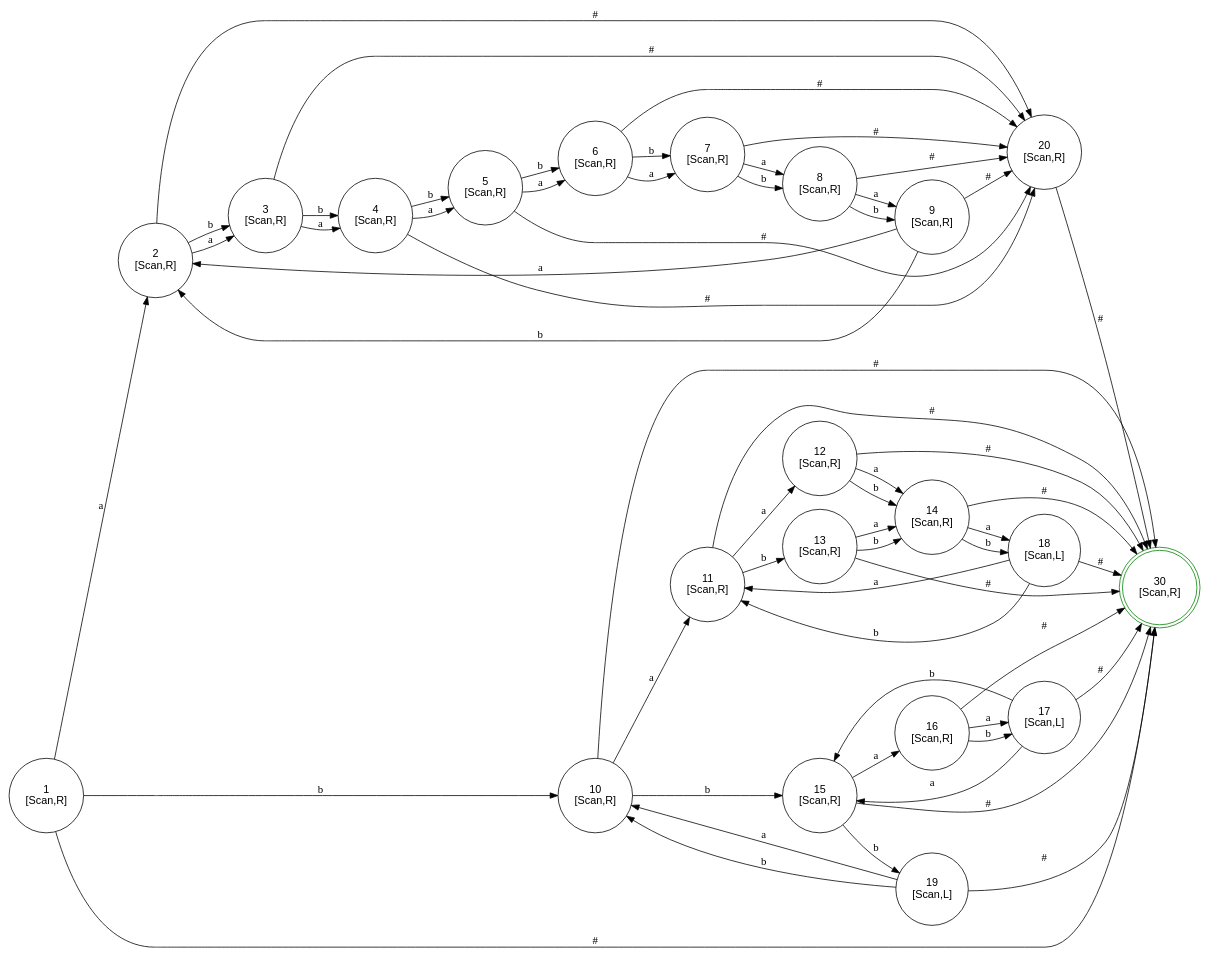
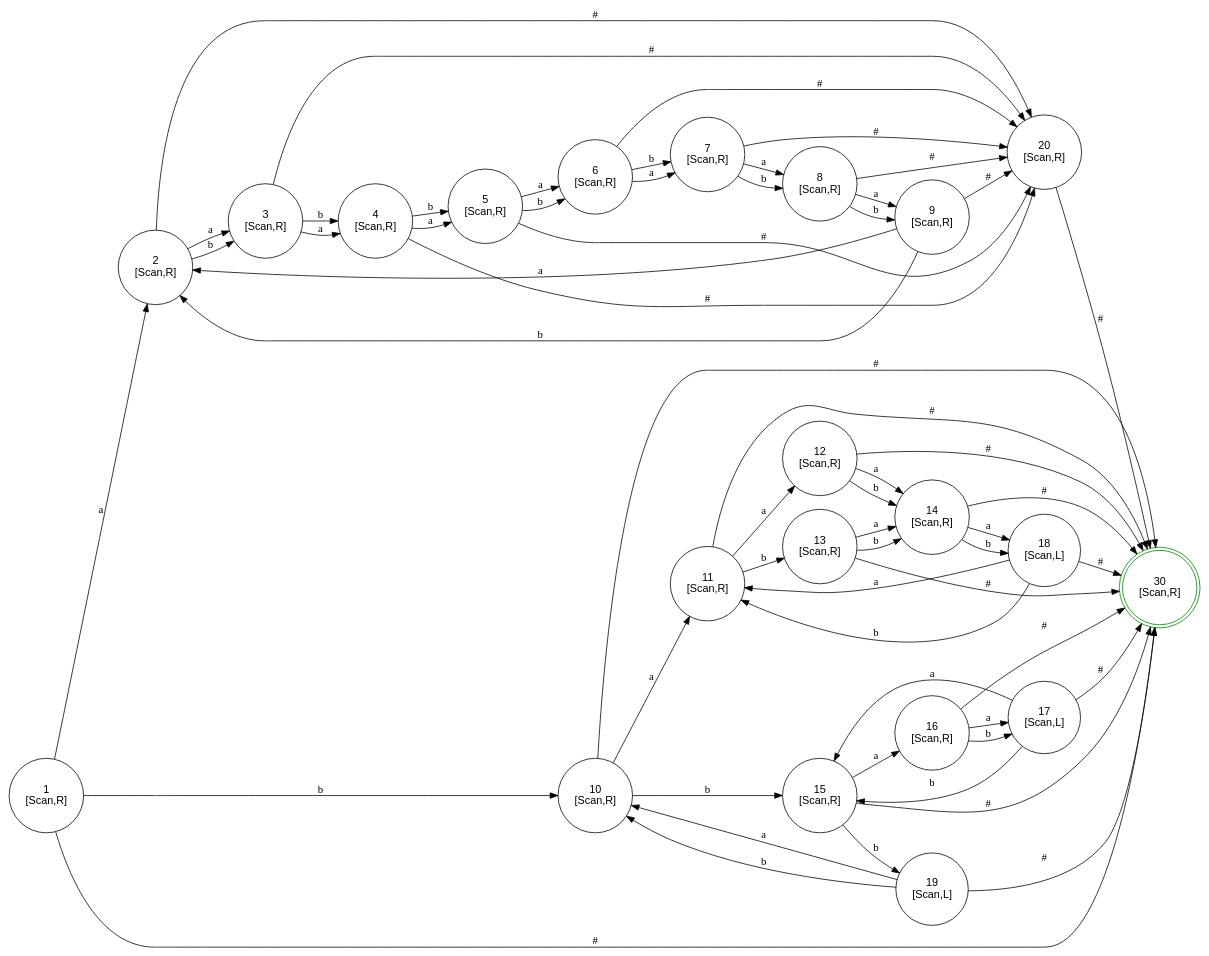
The diagram in dots/twa.dot (kokobabe99/turing_point), drawn with Graphviz before and after one commit. The commit also changed other lines of this file and 5 other files, not shown here.

```diff
--- a/dots/twa.dot
+++ b/dots/twa.dot
@@ -1,82 +1,82 @@
 digraph FSM {
   rankdir=LR; node [shape=circle, fontname="Arial"];
   1 [label="1\n[Scan,R]", shape=circle];
   1 -> 2 [label="a"];
   1 -> 10 [label="b"];
   1 -> 30 [label="#"];
   2 [label="2\n[Scan,R]", shape=circle];
-  2 -> 3 [label="a"];
   2 -> 3 [label="b"];
   2 -> 20 [label="#"];
+  2 -> 3 [label="a"];
   3 [label="3\n[Scan,R]", shape=circle];
   3 -> 4 [label="a"];
   3 -> 4 [label="b"];
   3 -> 20 [label="#"];
   4 [label="4\n[Scan,R]", shape=circle];
   4 -> 5 [label="a"];
   4 -> 5 [label="b"];
   4 -> 20 [label="#"];
   5 [label="5\n[Scan,R]", shape=circle];
+  5 -> 6 [label="a"];
   5 -> 6 [label="b"];
   5 -> 20 [label="#"];
-  5 -> 6 [label="a"];
   6 [label="6\n[Scan,R]", shape=circle];
   6 -> 7 [label="a"];
   6 -> 7 [label="b"];
   6 -> 20 [label="#"];
   7 [label="7\n[Scan,R]", shape=circle];
   7 -> 8 [label="a"];
   7 -> 8 [label="b"];
   7 -> 20 [label="#"];
   8 [label="8\n[Scan,R]", shape=circle];
   8 -> 9 [label="a"];
   8 -> 9 [label="b"];
   8 -> 20 [label="#"];
   9 [label="9\n[Scan,R]", shape=circle];
+  9 -> 20 [label="#"];
   9 -> 2 [label="a"];
   9 -> 2 [label="b"];
-  9 -> 20 [label="#"];
   10 [label="10\n[Scan,R]", shape=circle];
   10 -> 11 [label="a"];
   10 -> 15 [label="b"];
   10 -> 30 [label="#"];
   11 [label="11\n[Scan,R]", shape=circle];
   11 -> 12 [label="a"];
   11 -> 13 [label="b"];
   11 -> 30 [label="#"];
   12 [label="12\n[Scan,R]", shape=circle];
   12 -> 14 [label="a"];
   12 -> 14 [label="b"];
   12 -> 30 [label="#"];
   13 [label="13\n[Scan,R]", shape=circle];
   13 -> 14 [label="a"];
   13 -> 14 [label="b"];
   13 -> 30 [label="#"];
   14 [label="14\n[Scan,R]", shape=circle];
   14 -> 18 [label="a"];
   14 -> 18 [label="b"];
   14 -> 30 [label="#"];
   15 [label="15\n[Scan,R]", shape=circle];
+  15 -> 16 [label="a"];
   15 -> 19 [label="b"];
   15 -> 30 [label="#"];
-  15 -> 16 [label="a"];
   16 [label="16\n[Scan,R]", shape=circle];
   16 -> 17 [label="a"];
   16 -> 17 [label="b"];
   16 -> 30 [label="#"];
   17 [label="17\n[Scan,L]", shape=circle];
-  17 -> 15 [label="a"];
   17 -> 15 [label="b"];
   17 -> 30 [label="#"];
+  17 -> 15 [label="a"];
   18 [label="18\n[Scan,L]", shape=circle];
   18 -> 11 [label="a"];
   18 -> 11 [label="b"];
   18 -> 30 [label="#"];
   19 [label="19\n[Scan,L]", shape=circle];
-  19 -> 30 [label="#"];
   19 -> 10 [label="a"];
   19 -> 10 [label="b"];
+  19 -> 30 [label="#"];
   20 [label="20\n[Scan,R]", shape=circle];
   20 -> 30 [label="#"];
   30 [label="30\n[Scan,R]", shape=doublecircle, color="green"];
 }
```
